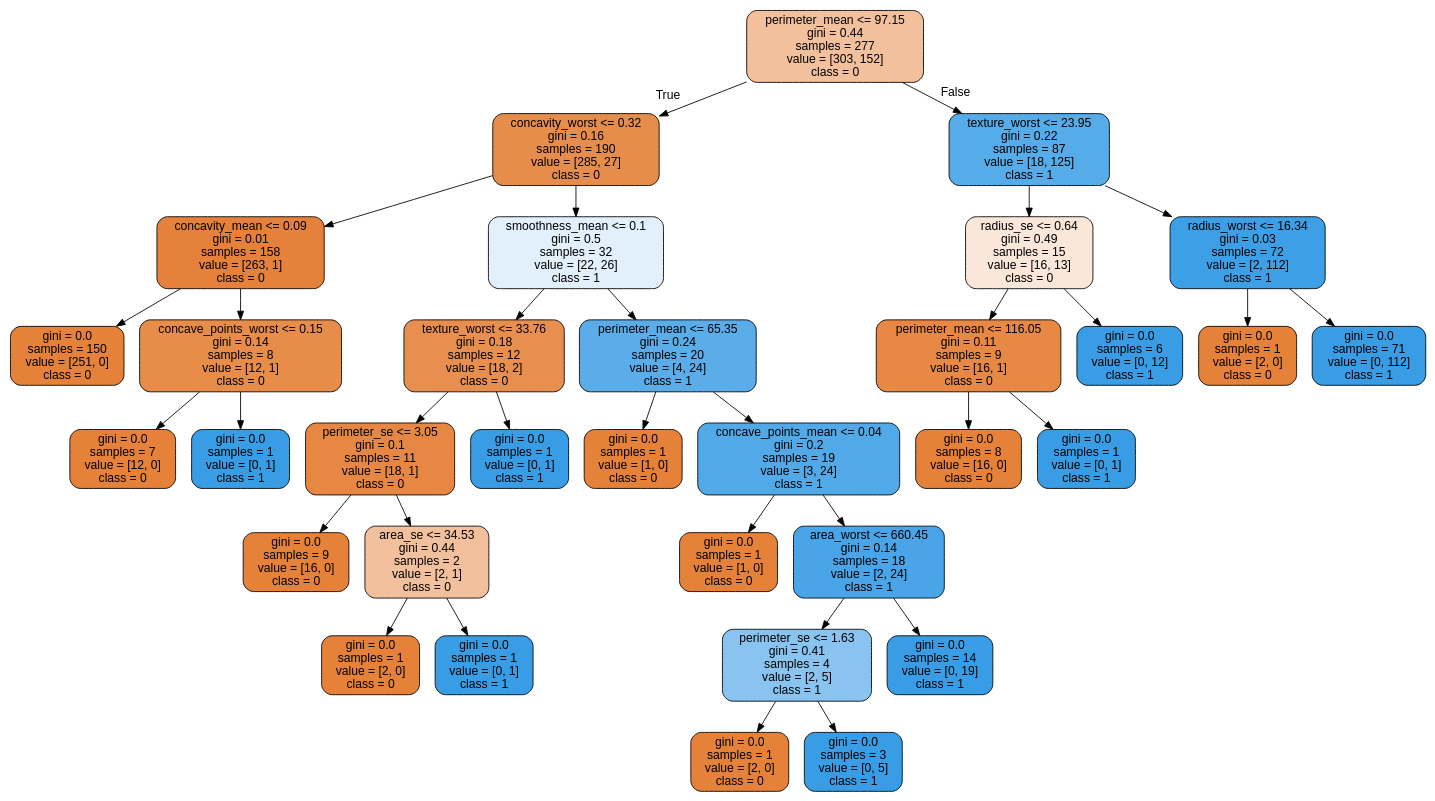
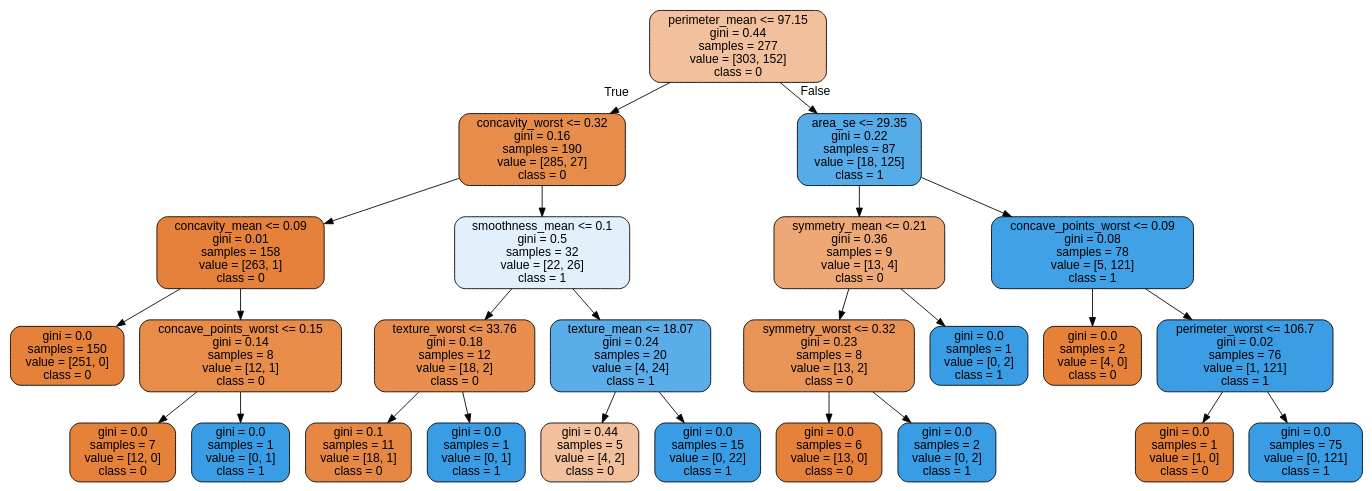
One commit to cyrilvincent/ML changed the diagram in data/breast-cancer/tree.dot. Above: the diagram before and after it, drawn with Graphviz. The commit also changed 2 other files, not shown here.

```diff
--- a/data/breast-cancer/tree.dot
+++ b/data/breast-cancer/tree.dot
@@ -1,69 +1,53 @@
 digraph Tree {
 node [shape=box, style="filled, rounded", color="black", fontname="helvetica"] ;
 edge [fontname="helvetica"] ;
 0 [label="perimeter_mean <= 97.15\ngini = 0.44\nsamples = 277\nvalue = [303, 152]\nclass = 0", fillcolor="#f2c09c"] ;
 1 [label="concavity_worst <= 0.32\ngini = 0.16\nsamples = 190\nvalue = [285, 27]\nclass = 0", fillcolor="#e78d4c"] ;
 0 -> 1 [labeldistance=2.5, labelangle=45, headlabel="True"] ;
 2 [label="concavity_mean <= 0.09\ngini = 0.01\nsamples = 158\nvalue = [263, 1]\nclass = 0", fillcolor="#e5813a"] ;
 1 -> 2 ;
 3 [label="gini = 0.0\nsamples = 150\nvalue = [251, 0]\nclass = 0", fillcolor="#e58139"] ;
 2 -> 3 ;
 4 [label="concave_points_worst <= 0.15\ngini = 0.14\nsamples = 8\nvalue = [12, 1]\nclass = 0", fillcolor="#e78c49"] ;
 2 -> 4 ;
 5 [label="gini = 0.0\nsamples = 7\nvalue = [12, 0]\nclass = 0", fillcolor="#e58139"] ;
 4 -> 5 ;
 6 [label="gini = 0.0\nsamples = 1\nvalue = [0, 1]\nclass = 1", fillcolor="#399de5"] ;
 4 -> 6 ;
 7 [label="smoothness_mean <= 0.1\ngini = 0.5\nsamples = 32\nvalue = [22, 26]\nclass = 1", fillcolor="#e1f0fb"] ;
 1 -> 7 ;
 8 [label="texture_worst <= 33.76\ngini = 0.18\nsamples = 12\nvalue = [18, 2]\nclass = 0", fillcolor="#e88f4f"] ;
 7 -> 8 ;
-9 [label="perimeter_se <= 3.05\ngini = 0.1\nsamples = 11\nvalue = [18, 1]\nclass = 0", fillcolor="#e68844"] ;
+9 [label="gini = 0.1\nsamples = 11\nvalue = [18, 1]\nclass = 0", fillcolor="#e68844"] ;
 8 -> 9 ;
-10 [label="gini = 0.0\nsamples = 9\nvalue = [16, 0]\nclass = 0", fillcolor="#e58139"] ;
-9 -> 10 ;
-11 [label="area_se <= 34.53\ngini = 0.44\nsamples = 2\nvalue = [2, 1]\nclass = 0", fillcolor="#f2c09c"] ;
-9 -> 11 ;
-12 [label="gini = 0.0\nsamples = 1\nvalue = [2, 0]\nclass = 0", fillcolor="#e58139"] ;
+10 [label="gini = 0.0\nsamples = 1\nvalue = [0, 1]\nclass = 1", fillcolor="#399de5"] ;
+8 -> 10 ;
+11 [label="texture_mean <= 18.07\ngini = 0.24\nsamples = 20\nvalue = [4, 24]\nclass = 1", fillcolor="#5aade9"] ;
+7 -> 11 ;
+12 [label="gini = 0.44\nsamples = 5\nvalue = [4, 2]\nclass = 0", fillcolor="#f2c09c"] ;
 11 -> 12 ;
-13 [label="gini = 0.0\nsamples = 1\nvalue = [0, 1]\nclass = 1", fillcolor="#399de5"] ;
+13 [label="gini = 0.0\nsamples = 15\nvalue = [0, 22]\nclass = 1", fillcolor="#399de5"] ;
 11 -> 13 ;
-14 [label="gini = 0.0\nsamples = 1\nvalue = [0, 1]\nclass = 1", fillcolor="#399de5"] ;
-8 -> 14 ;
-15 [label="perimeter_mean <= 65.35\ngini = 0.24\nsamples = 20\nvalue = [4, 24]\nclass = 1", fillcolor="#5aade9"] ;
-7 -> 15 ;
-16 [label="gini = 0.0\nsamples = 1\nvalue = [1, 0]\nclass = 0", fillcolor="#e58139"] ;
+14 [label="area_se <= 29.35\ngini = 0.22\nsamples = 87\nvalue = [18, 125]\nclass = 1", fillcolor="#56abe9"] ;
+0 -> 14 [labeldistance=2.5, labelangle=-45, headlabel="False"] ;
+15 [label="symmetry_mean <= 0.21\ngini = 0.36\nsamples = 9\nvalue = [13, 4]\nclass = 0", fillcolor="#eda876"] ;
+14 -> 15 ;
+16 [label="symmetry_worst <= 0.32\ngini = 0.23\nsamples = 8\nvalue = [13, 2]\nclass = 0", fillcolor="#e99457"] ;
 15 -> 16 ;
-17 [label="concave_points_mean <= 0.04\ngini = 0.2\nsamples = 19\nvalue = [3, 24]\nclass = 1", fillcolor="#52a9e8"] ;
-15 -> 17 ;
-18 [label="gini = 0.0\nsamples = 1\nvalue = [1, 0]\nclass = 0", fillcolor="#e58139"] ;
-17 -> 18 ;
-19 [label="area_worst <= 660.45\ngini = 0.14\nsamples = 18\nvalue = [2, 24]\nclass = 1", fillcolor="#49a5e7"] ;
-17 -> 19 ;
-20 [label="perimeter_se <= 1.63\ngini = 0.41\nsamples = 4\nvalue = [2, 5]\nclass = 1", fillcolor="#88c4ef"] ;
-19 -> 20 ;
-21 [label="gini = 0.0\nsamples = 1\nvalue = [2, 0]\nclass = 0", fillcolor="#e58139"] ;
+17 [label="gini = 0.0\nsamples = 6\nvalue = [13, 0]\nclass = 0", fillcolor="#e58139"] ;
+16 -> 17 ;
+18 [label="gini = 0.0\nsamples = 2\nvalue = [0, 2]\nclass = 1", fillcolor="#399de5"] ;
+16 -> 18 ;
+19 [label="gini = 0.0\nsamples = 1\nvalue = [0, 2]\nclass = 1", fillcolor="#399de5"] ;
+15 -> 19 ;
+20 [label="concave_points_worst <= 0.09\ngini = 0.08\nsamples = 78\nvalue = [5, 121]\nclass = 1", fillcolor="#41a1e6"] ;
+14 -> 20 ;
+21 [label="gini = 0.0\nsamples = 2\nvalue = [4, 0]\nclass = 0", fillcolor="#e58139"] ;
 20 -> 21 ;
-22 [label="gini = 0.0\nsamples = 3\nvalue = [0, 5]\nclass = 1", fillcolor="#399de5"] ;
+22 [label="perimeter_worst <= 106.7\ngini = 0.02\nsamples = 76\nvalue = [1, 121]\nclass = 1", fillcolor="#3b9ee5"] ;
 20 -> 22 ;
-23 [label="gini = 0.0\nsamples = 14\nvalue = [0, 19]\nclass = 1", fillcolor="#399de5"] ;
-19 -> 23 ;
-24 [label="texture_worst <= 23.95\ngini = 0.22\nsamples = 87\nvalue = [18, 125]\nclass = 1", fillcolor="#56abe9"] ;
-0 -> 24 [labeldistance=2.5, labelangle=-45, headlabel="False"] ;
-25 [label="radius_se <= 0.64\ngini = 0.49\nsamples = 15\nvalue = [16, 13]\nclass = 0", fillcolor="#fae7da"] ;
-24 -> 25 ;
-26 [label="perimeter_mean <= 116.05\ngini = 0.11\nsamples = 9\nvalue = [16, 1]\nclass = 0", fillcolor="#e78945"] ;
-25 -> 26 ;
-27 [label="gini = 0.0\nsamples = 8\nvalue = [16, 0]\nclass = 0", fillcolor="#e58139"] ;
-26 -> 27 ;
-28 [label="gini = 0.0\nsamples = 1\nvalue = [0, 1]\nclass = 1", fillcolor="#399de5"] ;
-26 -> 28 ;
-29 [label="gini = 0.0\nsamples = 6\nvalue = [0, 12]\nclass = 1", fillcolor="#399de5"] ;
-25 -> 29 ;
-30 [label="radius_worst <= 16.34\ngini = 0.03\nsamples = 72\nvalue = [2, 112]\nclass = 1", fillcolor="#3d9fe5"] ;
-24 -> 30 ;
-31 [label="gini = 0.0\nsamples = 1\nvalue = [2, 0]\nclass = 0", fillcolor="#e58139"] ;
-30 -> 31 ;
-32 [label="gini = 0.0\nsamples = 71\nvalue = [0, 112]\nclass = 1", fillcolor="#399de5"] ;
-30 -> 32 ;
+23 [label="gini = 0.0\nsamples = 1\nvalue = [1, 0]\nclass = 0", fillcolor="#e58139"] ;
+22 -> 23 ;
+24 [label="gini = 0.0\nsamples = 75\nvalue = [0, 121]\nclass = 1", fillcolor="#399de5"] ;
+22 -> 24 ;
 }
```
